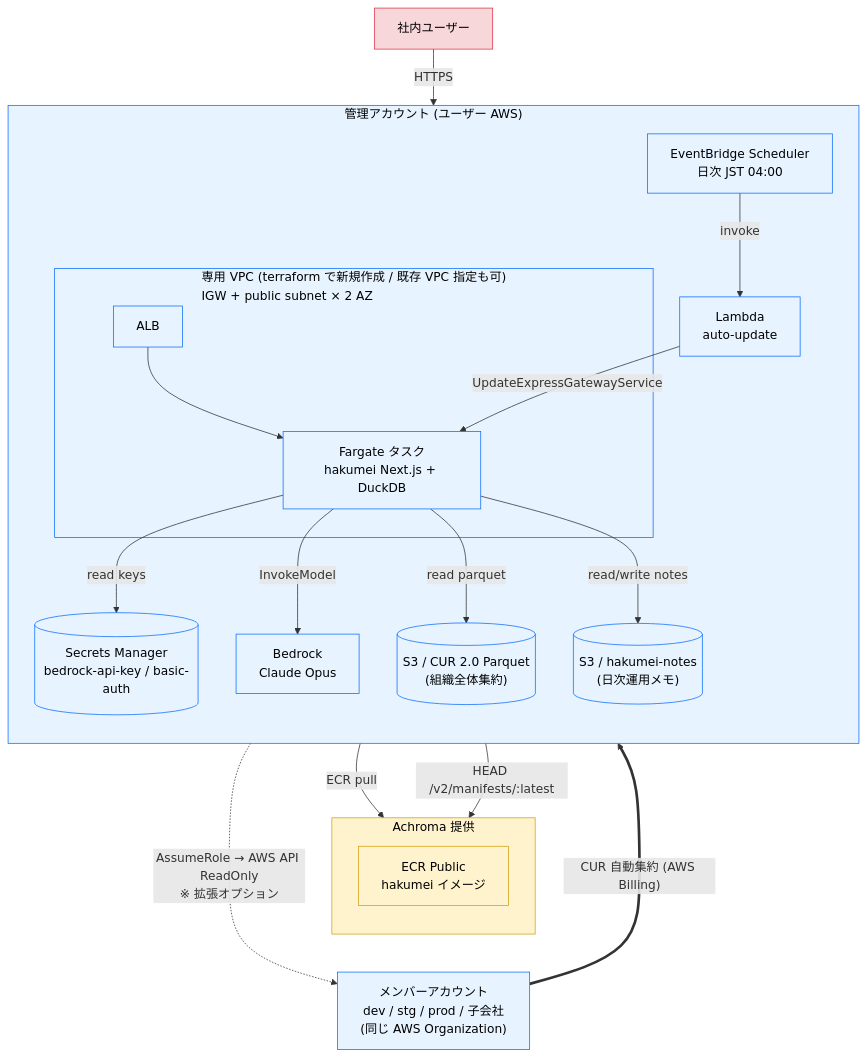
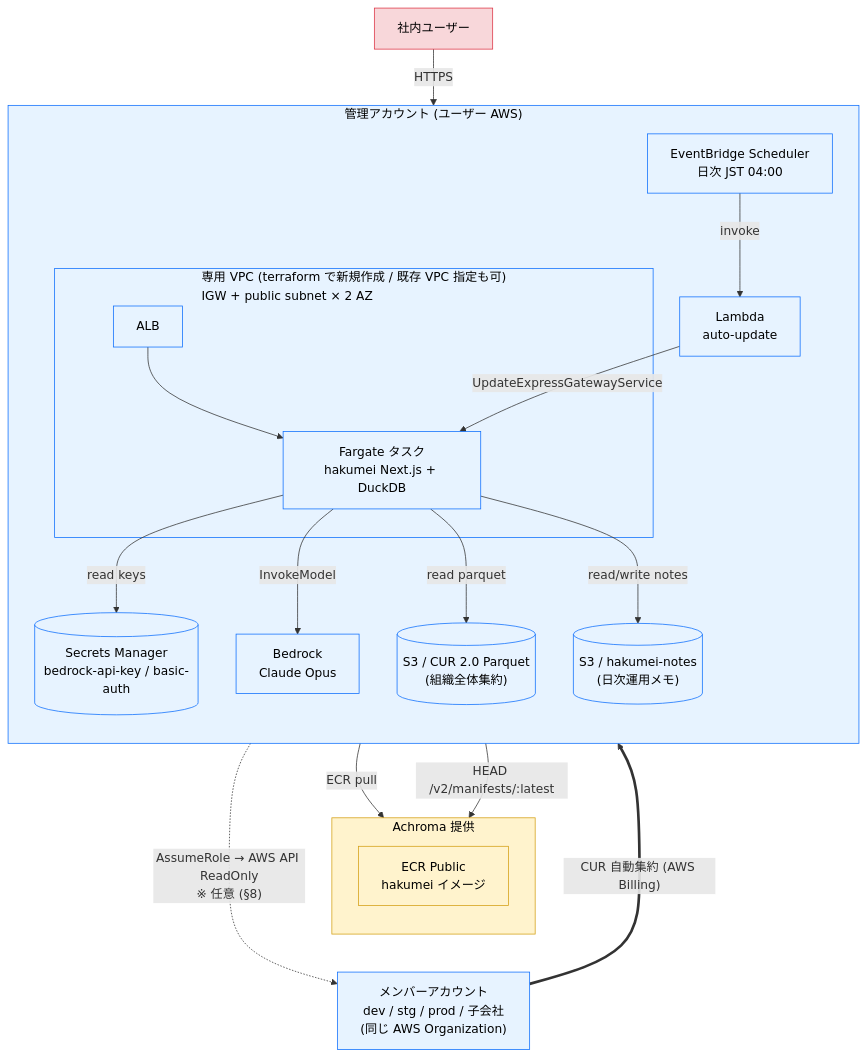
One commit to Achroma-inc/hakumei changed the diagram in README.md. Above: the diagram before and after it, drawn with Mermaid. The commit also changed other lines of this file and 8 other files, not shown here.

````diff
--- a/README.md
+++ b/README.md
@@ -68,49 +68,49 @@
 ```mermaid
 flowchart TB
     User["社内ユーザー"]
 
     subgraph Achroma["Achroma 提供"]
         direction TB
         ECR["ECR Public<br/>hakumei イメージ"]
     end
 
     Members["メンバーアカウント<br/>dev / stg / prod / 子会社<br/>(同じ AWS Organization)"]
 
     subgraph Mgmt["管理アカウント (ユーザー AWS)"]
         direction TB
         subgraph VPC["専用 VPC (terraform で新規作成 / 既存 VPC 指定も可)<br/>IGW + public subnet × 2 AZ"]
             ALB["ALB"]
             Task["Fargate タスク<br/>hakumei Next.js + DuckDB"]
             ALB --> Task
         end
         Secrets[("Secrets Manager<br/>bedrock-api-key / basic-auth")]
         Bedrock["Bedrock<br/>Claude Opus"]
         Scheduler["EventBridge Scheduler<br/>日次 JST 04:00"]
         Updater["Lambda<br/>auto-update"]
         CUR[("S3 / CUR 2.0 Parquet<br/>(組織全体集約)")]
         Notes[("S3 / hakumei-notes<br/>(日次運用メモ)")]
 
         Task -->|read keys| Secrets
         Task -->|InvokeModel| Bedrock
         Task -->|read parquet| CUR
         Task -->|read/write notes| Notes
         Scheduler -->|invoke| Updater
         Updater -->|UpdateExpressGatewayService| Task
     end
 
     %% Achroma を上、Members を下に積むためのレイアウトヒント (非表示エッジ)
     Achroma ~~~ Members
 
     User -->|HTTPS| ALB
     Members ==>|"CUR 自動集約 (AWS Billing)"| CUR
-    Task -.->|"AssumeRole → AWS API ReadOnly<br/>※ 拡張オプション"| Members
+    Task -.->|"AssumeRole → AWS API ReadOnly<br/>※ 任意 (§8)"| Members
     Task -->|ECR pull| ECR
     Updater -->|"HEAD /v2/manifests/:latest"| ECR
 
     classDef achroma fill:#fff3cd,stroke:#d4a017,color:#000
     classDef customer fill:#e7f3ff,stroke:#0d6efd,color:#000
     classDef user fill:#f8d7da,stroke:#dc3545,color:#000
     class Achroma,ECR achroma
     class Mgmt,VPC,ALB,Task,CUR,Notes,Secrets,Members,Bedrock,Scheduler,Updater customer
     class User user
 ```
````
